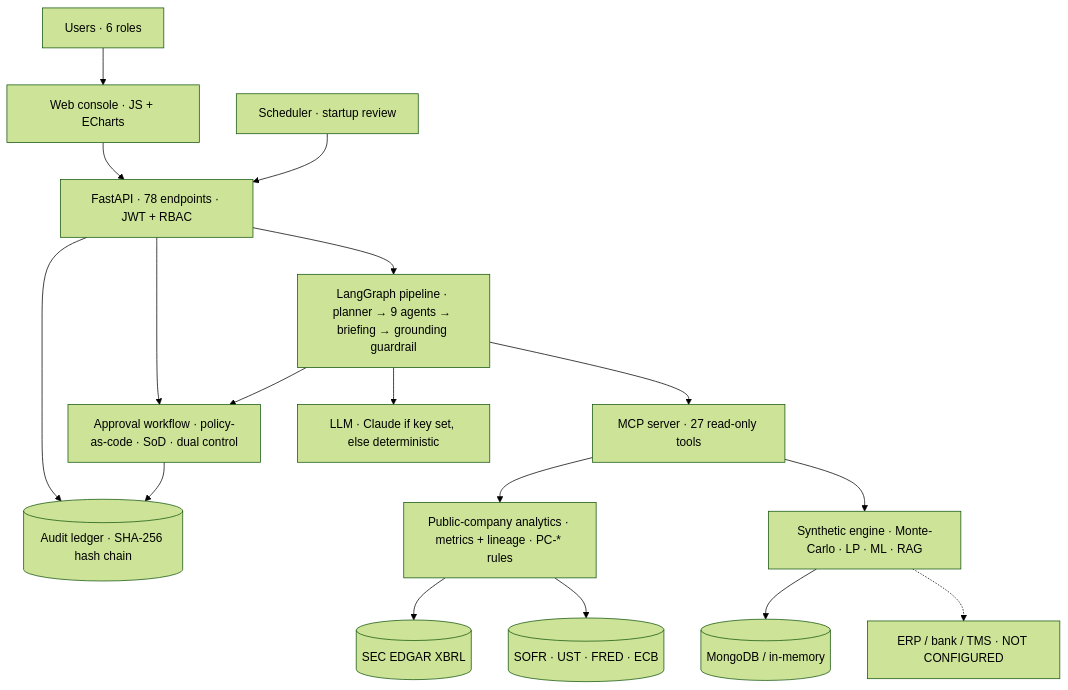
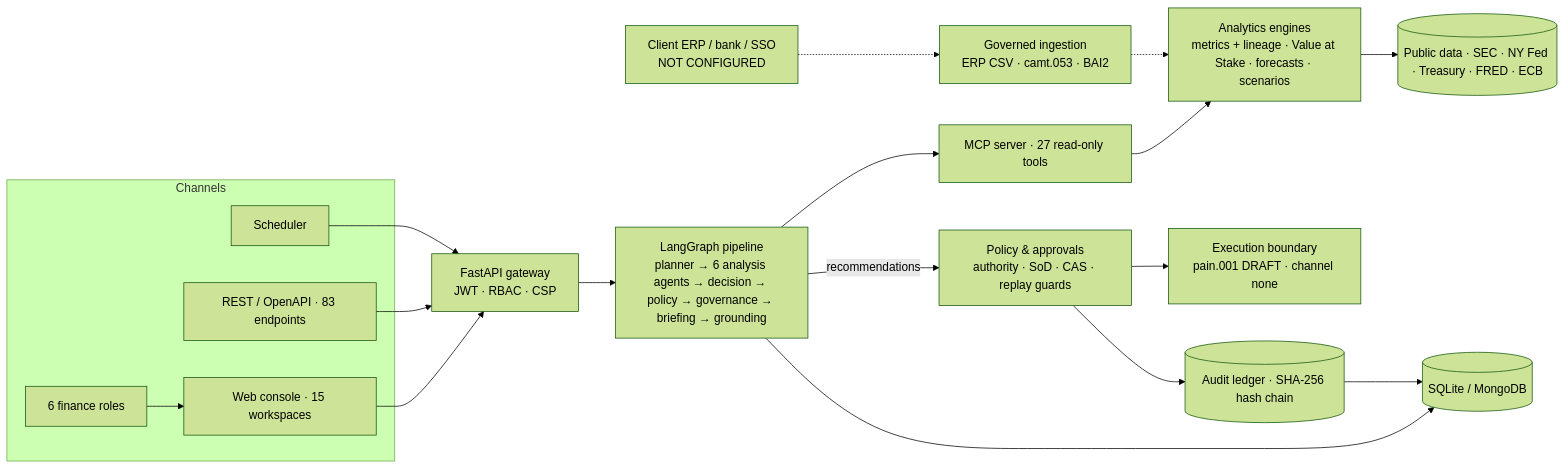
The diagram in README.md (Shraddhatodkari/meridian-treasury), drawn with Mermaid (forest theme) before and after one commit. The commit also changed other lines of this file and 20 other files, not shown here.

Commit message:
Update Meridian v3.5.4 documentation and architecture

````diff
--- a/README.md
+++ b/README.md
@@ -24,18 +96,20 @@
 ```mermaid
-flowchart TD
-    U[Users · 6 roles] --> C[Web console · JS + ECharts]
-    C --> API[FastAPI · 78 endpoints · JWT + RBAC]
-    S[Scheduler · startup review] --> API
-    API --> LG[LangGraph pipeline · planner → 9 agents → briefing → grounding guardrail]
-    API --> AP[Approval workflow · policy-as-code · SoD · dual control]
-    API --> AU[(Audit ledger · SHA-256 hash chain)]
-    LG --> AP --> AU
-    LG --> MCP[MCP server · 27 read-only tools]
-    LG --> LLM[LLM · Claude if key set, else deterministic]
-    MCP --> PA[Public-company analytics · metrics + lineage · PC-* rules]
-    MCP --> SE[Synthetic engine · Monte-Carlo · LP · ML · RAG]
-    PA --> SEC[(SEC EDGAR XBRL)]
-    PA --> MKT[(SOFR · UST · FRED · ECB)]
-    SE --> DB[(MongoDB / in-memory)]
-    SE -.-> ERP[ERP / bank / TMS · NOT CONFIGURED]
+flowchart LR
+    subgraph Channels
+      U[6 finance roles] --> C[Web console · 15 workspaces]
+      R[REST / OpenAPI · 83 endpoints]
+      S[Scheduler]
+    end
+    C & R & S --> API[FastAPI gateway<br/>JWT · RBAC · CSP]
+    API --> P[LangGraph pipeline<br/>planner → 6 analysis agents → decision → policy → governance → briefing → grounding]
+    P --> M[MCP server · 27 read-only tools]
+    M --> AN[Analytics engines<br/>metrics + lineage · Value at Stake · forecasts · scenarios]
+    AN --> PUB[(Public data · SEC · NY Fed · Treasury · FRED · ECB)]
+    P -->|recommendations| AP[Policy & approvals<br/>authority · SoD · CAS · replay guards]
+    AP --> EX[Execution boundary<br/>pain.001 DRAFT · channel none]
+    AP --> AUD[(Audit ledger · SHA-256 hash chain)]
+    P --> DB[(SQLite / MongoDB)]
+    AUD --> DB
+    ING[Governed ingestion<br/>ERP CSV · camt.053 · BAI2] -.-> AN
+    CL[Client ERP / bank / SSO<br/>NOT CONFIGURED] -.-> ING
 ```
````
